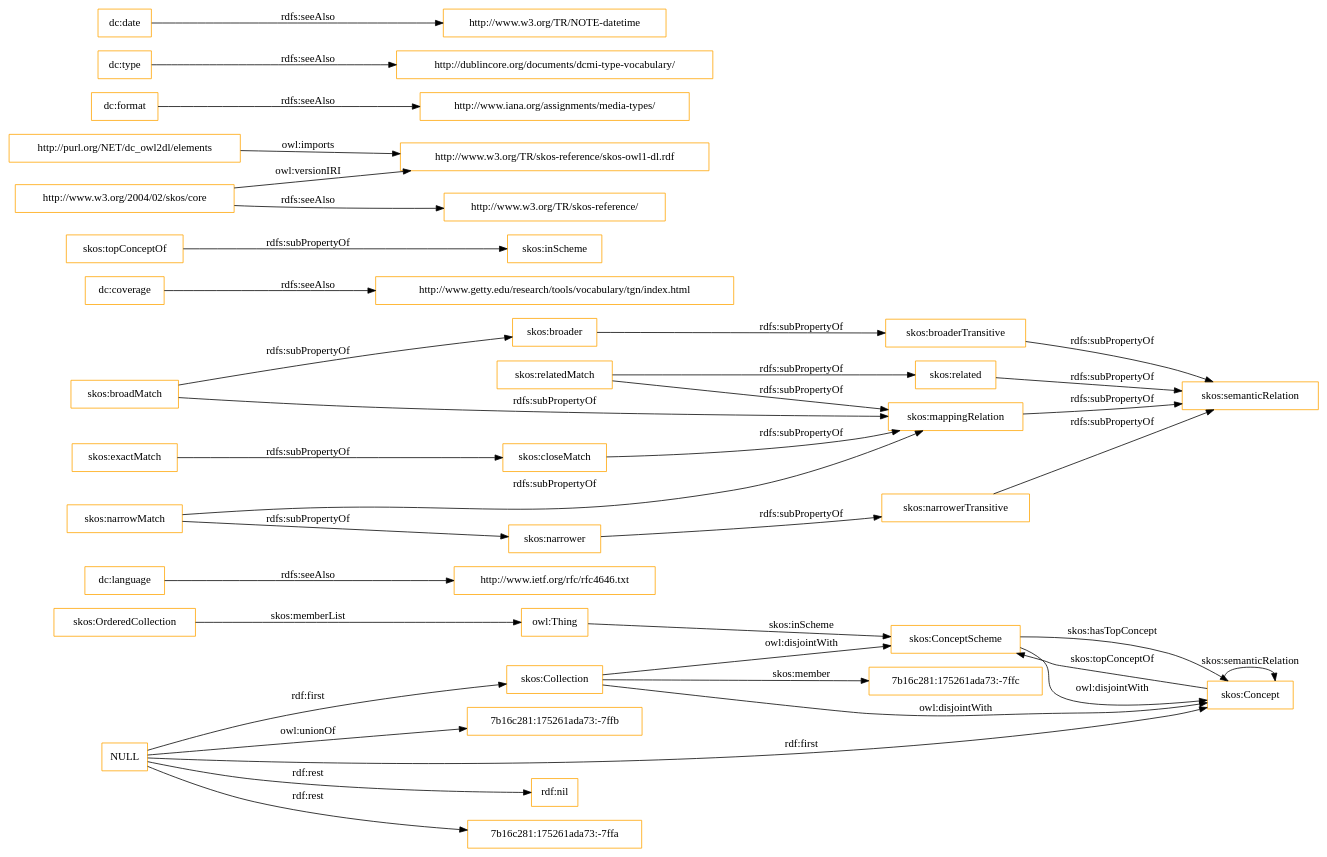
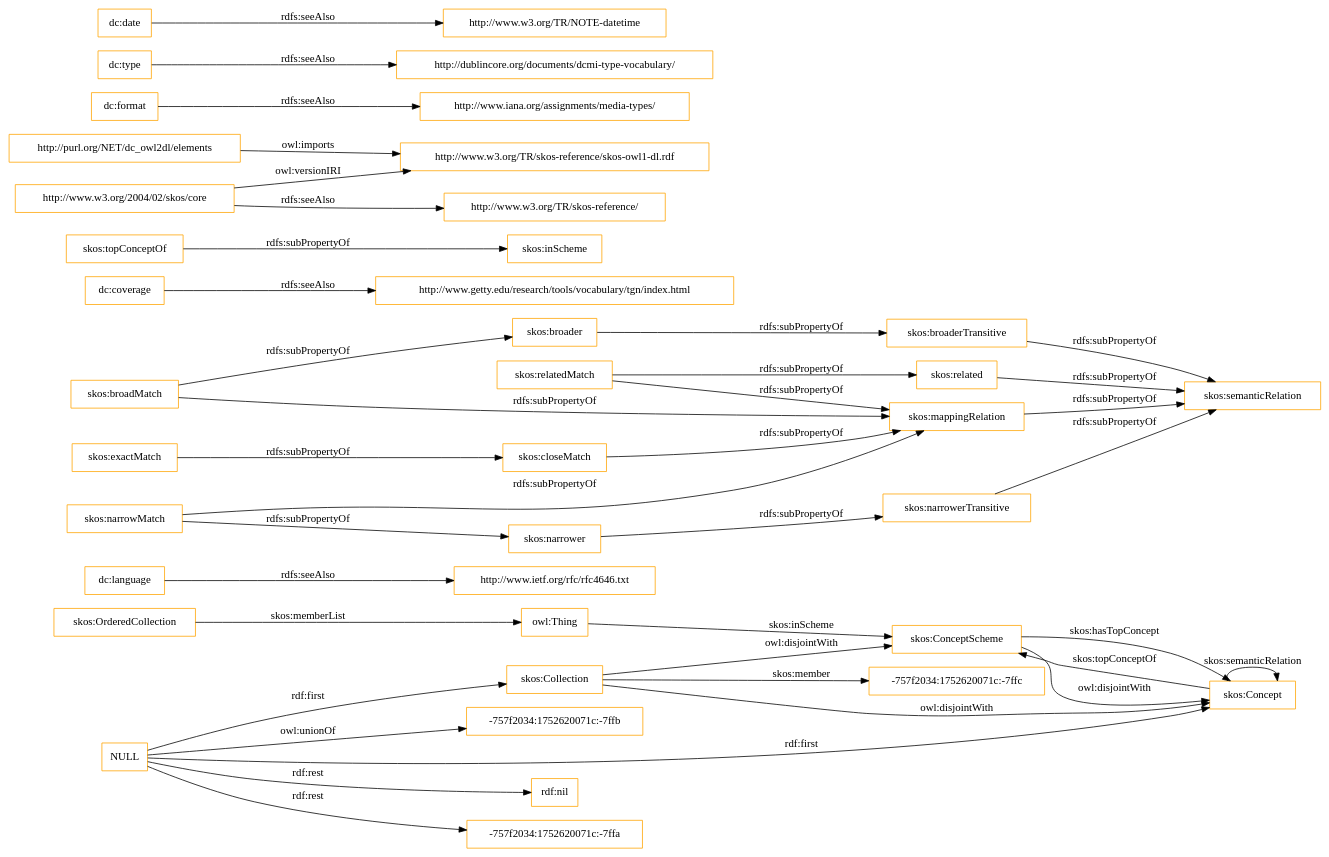
The diagram in OnToology/imports/elements.owl/diagrams/ar2dtool-class/elements.owl.png.dot (OnToologyUser/core-ontology-1), drawn with Graphviz before and after one commit. The commit also changed 14 other files, not shown here.

```diff
--- a/OnToology/imports/elements.owl/diagrams/ar2dtool-class/elements.owl.png.dot
+++ b/OnToology/imports/elements.owl/diagrams/ar2dtool-class/elements.owl.png.dot
@@ -1,43 +1,43 @@
 digraph ar2dtool_diagram { 
 rankdir=LR;
 size="1501"
-node [shape = rectangle, color="orange"]; "7b16c281:175261ada73:-7ffc" "skos:OrderedCollection" "skos:Collection" "skos:ConceptScheme" "skos:Concept" ; /*classes style*/
+node [shape = rectangle, color="orange"]; "-757f2034:1752620071c:-7ffc" "skos:OrderedCollection" "skos:Collection" "skos:ConceptScheme" "skos:Concept" ; /*classes style*/
 	"dc:language" -> "http://www.ietf.org/rfc/rfc4646.txt" [ label = "rdfs:seeAlso" ];
 	"NULL" -> "rdf:nil" [ label = "rdf:rest" ];
 	"NULL" -> "skos:Collection" [ label = "rdf:first" ];
-	"NULL" -> "7b16c281:175261ada73:-7ffa" [ label = "rdf:rest" ];
+	"NULL" -> "-757f2034:1752620071c:-7ffa" [ label = "rdf:rest" ];
 	"NULL" -> "skos:Concept" [ label = "rdf:first" ];
-	"NULL" -> "7b16c281:175261ada73:-7ffb" [ label = "owl:unionOf" ];
+	"NULL" -> "-757f2034:1752620071c:-7ffb" [ label = "owl:unionOf" ];
 	"skos:closeMatch" -> "skos:mappingRelation" [ label = "rdfs:subPropertyOf" ];
 	"dc:coverage" -> "http://www.getty.edu/research/tools/vocabulary/tgn/index.html" [ label = "rdfs:seeAlso" ];
 	"skos:relatedMatch" -> "skos:related" [ label = "rdfs:subPropertyOf" ];
 	"skos:relatedMatch" -> "skos:mappingRelation" [ label = "rdfs:subPropertyOf" ];
 	"skos:ConceptScheme" -> "skos:Concept" [ label = "owl:disjointWith" ];
 	"skos:related" -> "skos:semanticRelation" [ label = "rdfs:subPropertyOf" ];
 	"skos:topConceptOf" -> "skos:inScheme" [ label = "rdfs:subPropertyOf" ];
 	"skos:broadMatch" -> "skos:broader" [ label = "rdfs:subPropertyOf" ];
 	"skos:broadMatch" -> "skos:mappingRelation" [ label = "rdfs:subPropertyOf" ];
 	"http://purl.org/NET/dc_owl2dl/elements" -> "http://www.w3.org/TR/skos-reference/skos-owl1-dl.rdf" [ label = "owl:imports" ];
 	"skos:exactMatch" -> "skos:closeMatch" [ label = "rdfs:subPropertyOf" ];
 	"dc:format" -> "http://www.iana.org/assignments/media-types/" [ label = "rdfs:seeAlso" ];
 	"skos:broaderTransitive" -> "skos:semanticRelation" [ label = "rdfs:subPropertyOf" ];
 	"dc:type" -> "http://dublincore.org/documents/dcmi-type-vocabulary/" [ label = "rdfs:seeAlso" ];
 	"skos:broader" -> "skos:broaderTransitive" [ label = "rdfs:subPropertyOf" ];
 	"skos:mappingRelation" -> "skos:semanticRelation" [ label = "rdfs:subPropertyOf" ];
 	"http://www.w3.org/2004/02/skos/core" -> "http://www.w3.org/TR/skos-reference/skos-owl1-dl.rdf" [ label = "owl:versionIRI" ];
 	"http://www.w3.org/2004/02/skos/core" -> "http://www.w3.org/TR/skos-reference/" [ label = "rdfs:seeAlso" ];
 	"skos:Collection" -> "skos:ConceptScheme" [ label = "owl:disjointWith" ];
 	"skos:Collection" -> "skos:Concept" [ label = "owl:disjointWith" ];
 	"skos:narrowMatch" -> "skos:narrower" [ label = "rdfs:subPropertyOf" ];
 	"skos:narrowMatch" -> "skos:mappingRelation" [ label = "rdfs:subPropertyOf" ];
 	"skos:narrower" -> "skos:narrowerTransitive" [ label = "rdfs:subPropertyOf" ];
 	"dc:date" -> "http://www.w3.org/TR/NOTE-datetime" [ label = "rdfs:seeAlso" ];
 	"skos:narrowerTransitive" -> "skos:semanticRelation" [ label = "rdfs:subPropertyOf" ];
 	"skos:OrderedCollection" -> "owl:Thing" [ label = "skos:memberList" ];
 	"skos:Concept" -> "skos:ConceptScheme" [ label = "skos:topConceptOf" ];
 	"skos:Concept" -> "skos:Concept" [ label = "skos:semanticRelation" ];
-	"skos:Collection" -> "7b16c281:175261ada73:-7ffc" [ label = "skos:member" ];
+	"skos:Collection" -> "-757f2034:1752620071c:-7ffc" [ label = "skos:member" ];
 	"skos:ConceptScheme" -> "skos:Concept" [ label = "skos:hasTopConcept" ];
 	"owl:Thing" -> "skos:ConceptScheme" [ label = "skos:inScheme" ];
 
 }
```
